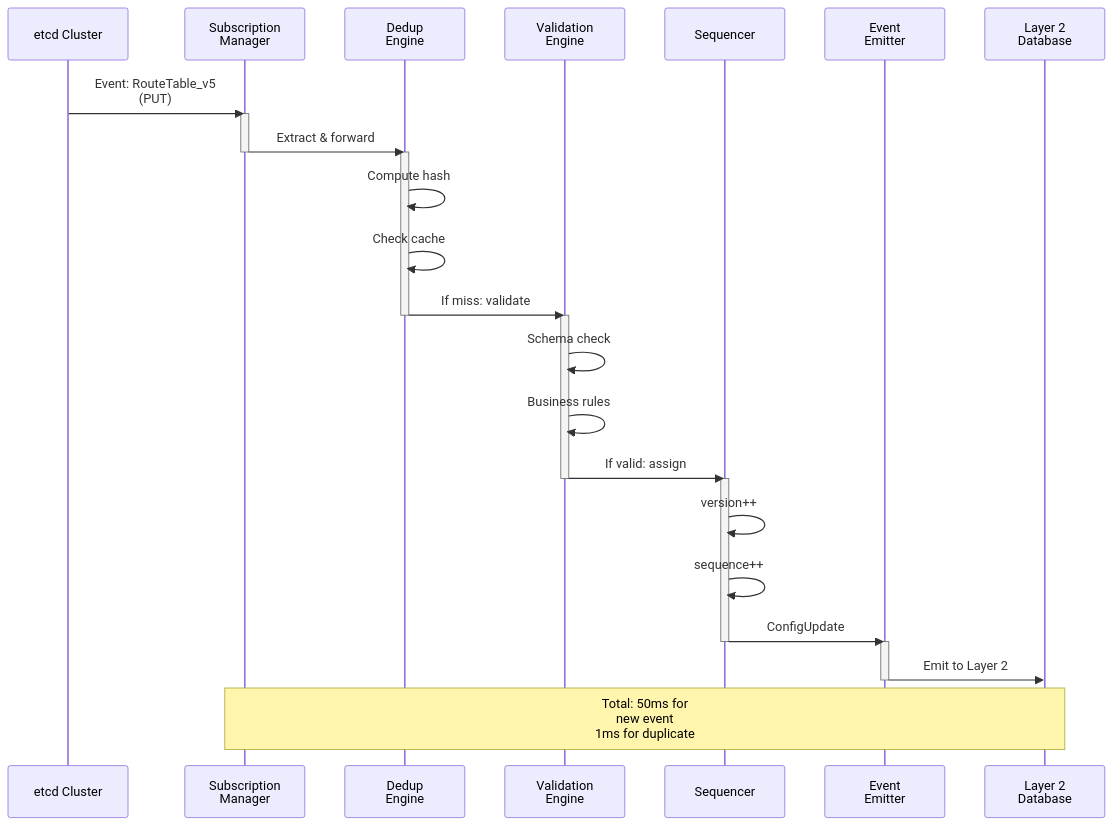
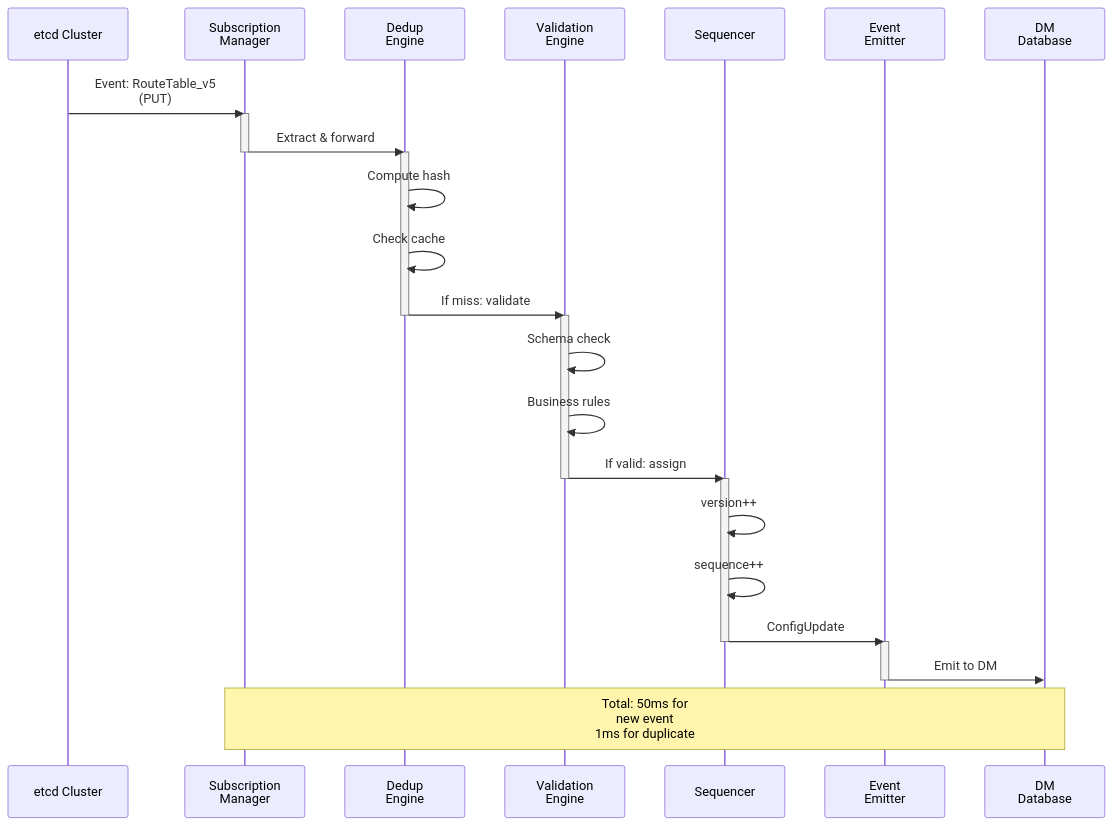
One commit to rashmirrout/DashFabric changed the second of 14 diagrams in docs/FM-Designs/FM_DESIGN_LAYER1_CONFIG_PLANE_SUPER_ENHANCED.md. Above: the diagram before and after it, drawn with Mermaid. The commit also changed other lines of this file and 32 other files, not shown here.

````diff
--- a/docs/FM-Designs/FM_DESIGN_LAYER1_CONFIG_PLANE_SUPER_ENHANCED.md
+++ b/docs/FM-Designs/FM_DESIGN_LAYER1_CONFIG_PLANE_SUPER_ENHANCED.md
@@ -70,39 +70,39 @@
 ```mermaid
 sequenceDiagram
     participant etcd as etcd Cluster
     participant SM as Subscription<br/>Manager
     participant DE as Dedup<br/>Engine
     participant VE as Validation<br/>Engine
     participant SQ as Sequencer
     participant EM as Event<br/>Emitter
-    participant L2 as Layer 2<br/>Database
+    participant L2 as DM<br/>Database
     
     etcd->>SM: Event: RouteTable_v5<br/>(PUT)
     activate SM
     SM->>DE: Extract & forward
     deactivate SM
     
     activate DE
     DE->>DE: Compute hash
     DE->>DE: Check cache
     DE->>VE: If miss: validate
     deactivate DE
     
     activate VE
     VE->>VE: Schema check
     VE->>VE: Business rules
     VE->>SQ: If valid: assign
     deactivate VE
     
     activate SQ
     SQ->>SQ: version++
     SQ->>SQ: sequence++
     SQ->>EM: ConfigUpdate
     deactivate SQ
     
     activate EM
-    EM->>L2: Emit to Layer 2
+    EM->>L2: Emit to DM
     deactivate EM
     
     Note over SM,L2: Total: 50ms for<br/>new event<br/>1ms for duplicate
 ```
````
